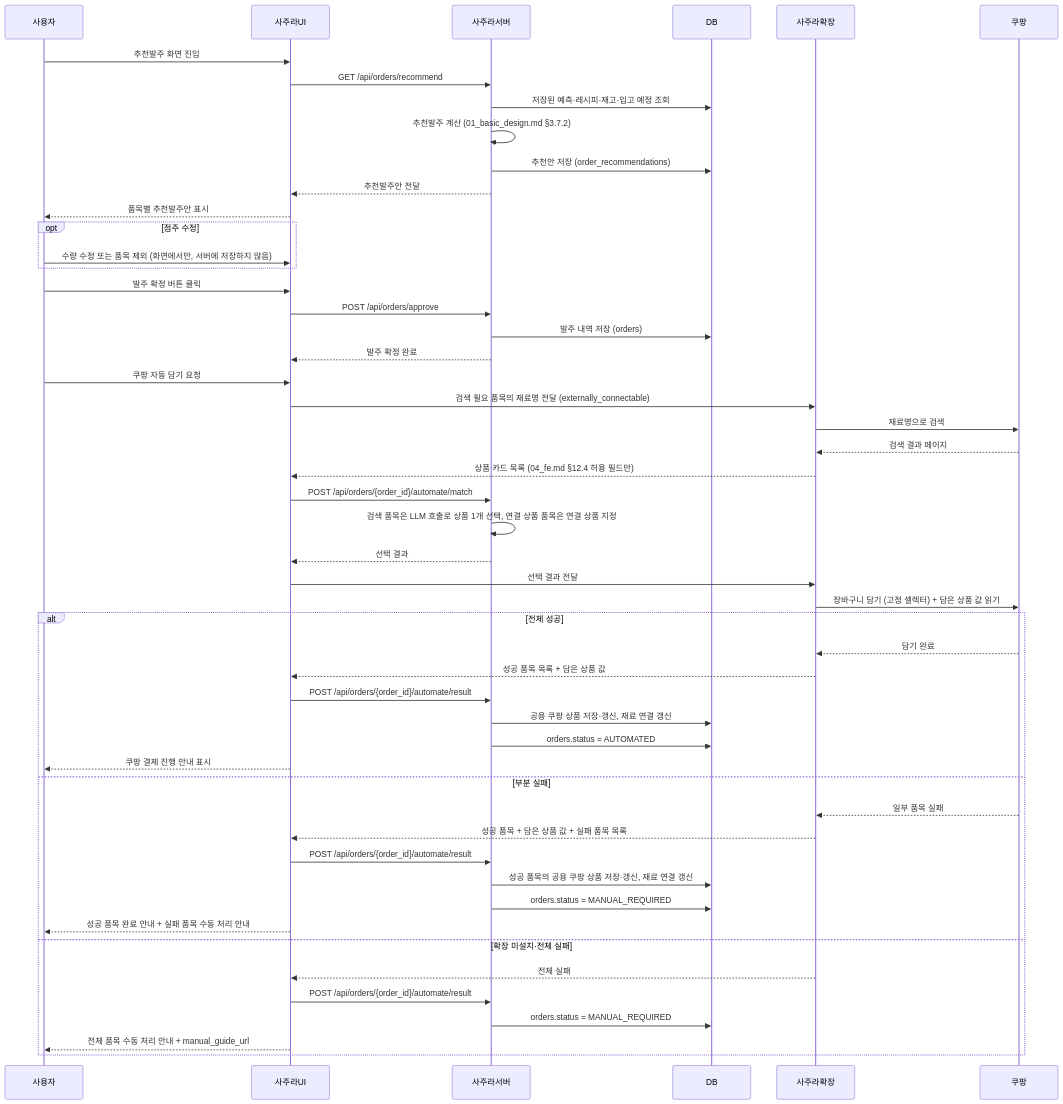
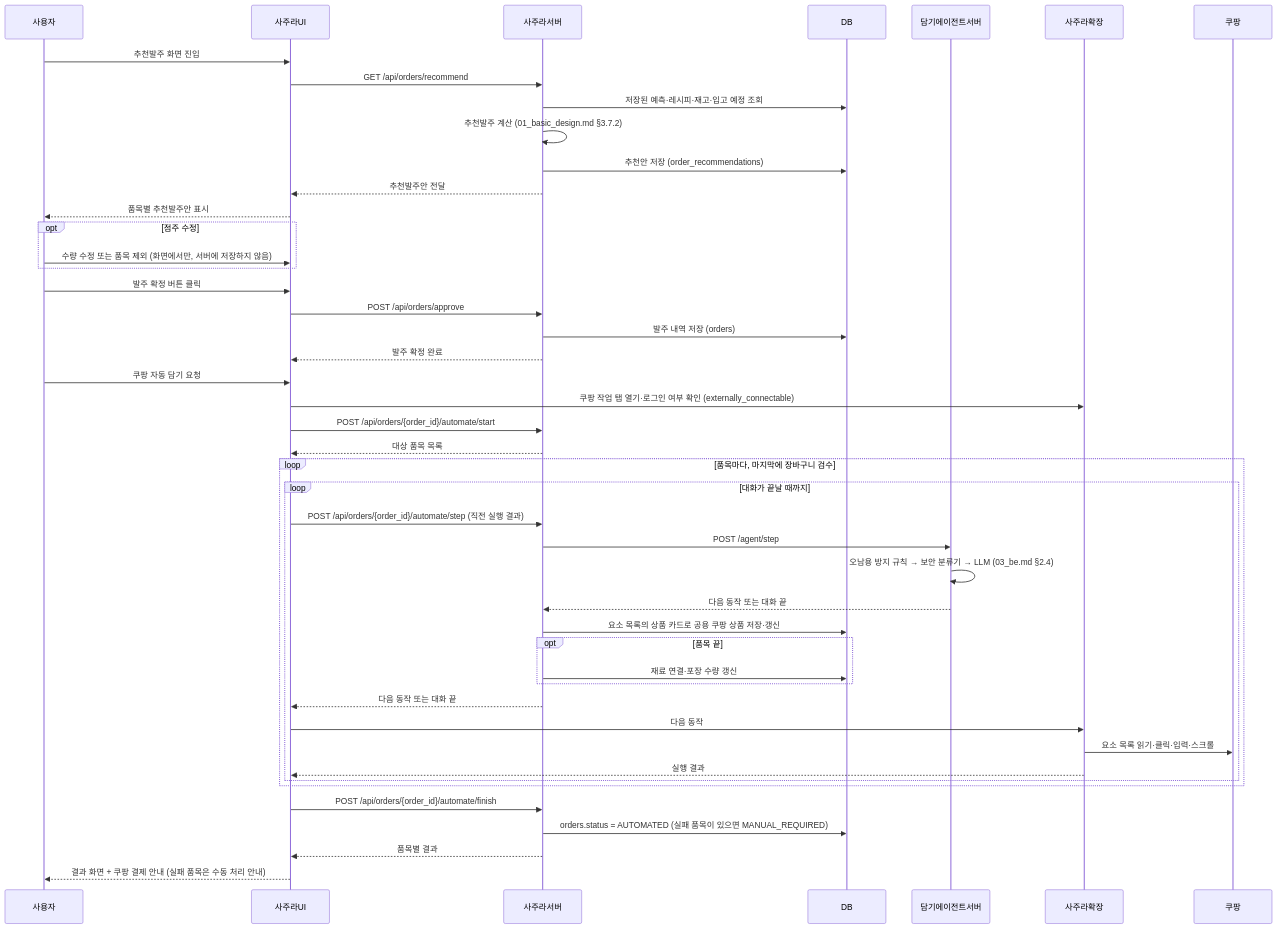
One commit to h-taek/CapstoneDesign-Sajura changed the third of 8 diagrams in docs/spec/02_implementation_design.md. Above: the diagram before and after it, drawn with Mermaid. The commit also changed other lines of this file and 6 other files, not shown here.

First line of the commit message:
docs: 쿠팡 자동 담기를 담기 에이전트 서버 구조로 일괄 갱신 — start·step·finish, 재시도, 상한 값, 분류기 어댑터

````diff
--- a/docs/spec/02_implementation_design.md
+++ b/docs/spec/02_implementation_design.md
@@ -294,58 +294,54 @@
 ```mermaid
 sequenceDiagram
     participant 사용자
     participant 사주라UI
     participant 사주라서버
     participant DB
+    participant 에이전트 as 담기에이전트서버
     participant 확장 as 사주라확장
     participant 쿠팡
 
     사용자->>사주라UI: 추천발주 화면 진입
     사주라UI->>사주라서버: GET /api/orders/recommend
     사주라서버->>DB: 저장된 예측·레시피·재고·입고 예정 조회
     사주라서버->>사주라서버: 추천발주 계산 (01_basic_design.md §3.7.2)
     사주라서버->>DB: 추천안 저장 (order_recommendations)
     사주라서버-->>사주라UI: 추천발주안 전달
     사주라UI-->>사용자: 품목별 추천발주안 표시
 
     opt 점주 수정
         사용자->>사주라UI: 수량 수정 또는 품목 제외 (화면에서만, 서버에 저장하지 않음)
     end
 
     사용자->>사주라UI: 발주 확정 버튼 클릭
     사주라UI->>사주라서버: POST /api/orders/approve
     사주라서버->>DB: 발주 내역 저장 (orders)
     사주라서버-->>사주라UI: 발주 확정 완료
 
     사용자->>사주라UI: 쿠팡 자동 담기 요청
-    사주라UI->>확장: 검색 필요 품목의 재료명 전달 (externally_connectable)
-    확장->>쿠팡: 재료명으로 검색
-    쿠팡-->>확장: 검색 결과 페이지
-    확장-->>사주라UI: 상품 카드 목록 (04_fe.md §12.4 허용 필드만)
-    사주라UI->>사주라서버: POST /api/orders/{order_id}/automate/match
-    사주라서버->>사주라서버: 검색 품목은 LLM 호출로 상품 1개 선택, 연결 상품 품목은 연결 상품 지정
-    사주라서버-->>사주라UI: 선택 결과
-    사주라UI->>확장: 선택 결과 전달
-    확장->>쿠팡: 장바구니 담기 (고정 셀렉터) + 담은 상품 값 읽기
+    사주라UI->>확장: 쿠팡 작업 탭 열기·로그인 여부 확인 (externally_connectable)
+    사주라UI->>사주라서버: POST /api/orders/{order_id}/automate/start
+    사주라서버-->>사주라UI: 대상 품목 목록
 
-    alt 전체 성공
-        쿠팡-->>확장: 담기 완료
-        확장-->>사주라UI: 성공 품목 목록 + 담은 상품 값
-        사주라UI->>사주라서버: POST /api/orders/{order_id}/automate/result
-        사주라서버->>DB: 공용 쿠팡 상품 저장·갱신, 재료 연결 갱신
-        사주라서버->>DB: orders.status = AUTOMATED
-        사주라UI-->>사용자: 쿠팡 결제 진행 안내 표시
-    else 부분 실패
-        쿠팡-->>확장: 일부 품목 실패
-        확장-->>사주라UI: 성공 품목 + 담은 상품 값 + 실패 품목 목록
-        사주라UI->>사주라서버: POST /api/orders/{order_id}/automate/result
-        사주라서버->>DB: 성공 품목의 공용 쿠팡 상품 저장·갱신, 재료 연결 갱신
-        사주라서버->>DB: orders.status = MANUAL_REQUIRED
-        사주라UI-->>사용자: 성공 품목 완료 안내 + 실패 품목 수동 처리 안내
-    else 확장 미설치·전체 실패
-        확장-->>사주라UI: 전체 실패
-        사주라UI->>사주라서버: POST /api/orders/{order_id}/automate/result
-        사주라서버->>DB: orders.status = MANUAL_REQUIRED
-        사주라UI-->>사용자: 전체 품목 수동 처리 안내 + manual_guide_url
+    loop 품목마다, 마지막에 장바구니 검수
+        loop 대화가 끝날 때까지
+            사주라UI->>사주라서버: POST /api/orders/{order_id}/automate/step (직전 실행 결과)
+            사주라서버->>에이전트: POST /agent/step
+            에이전트->>에이전트: 오남용 방지 규칙 → 보안 분류기 → LLM (03_be.md §2.4)
+            에이전트-->>사주라서버: 다음 동작 또는 대화 끝
+            사주라서버->>DB: 요소 목록의 상품 카드로 공용 쿠팡 상품 저장·갱신
+            opt 품목 끝
+                사주라서버->>DB: 재료 연결·포장 수량 갱신
+            end
+            사주라서버-->>사주라UI: 다음 동작 또는 대화 끝
+            사주라UI->>확장: 다음 동작
+            확장->>쿠팡: 요소 목록 읽기·클릭·입력·스크롤
+            확장-->>사주라UI: 실행 결과
+        end
     end
+
+    사주라UI->>사주라서버: POST /api/orders/{order_id}/automate/finish
+    사주라서버->>DB: orders.status = AUTOMATED (실패 품목이 있으면 MANUAL_REQUIRED)
+    사주라서버-->>사주라UI: 품목별 결과
+    사주라UI-->>사용자: 결과 화면 + 쿠팡 결제 안내 (실패 품목은 수동 처리 안내)
 ```
````
